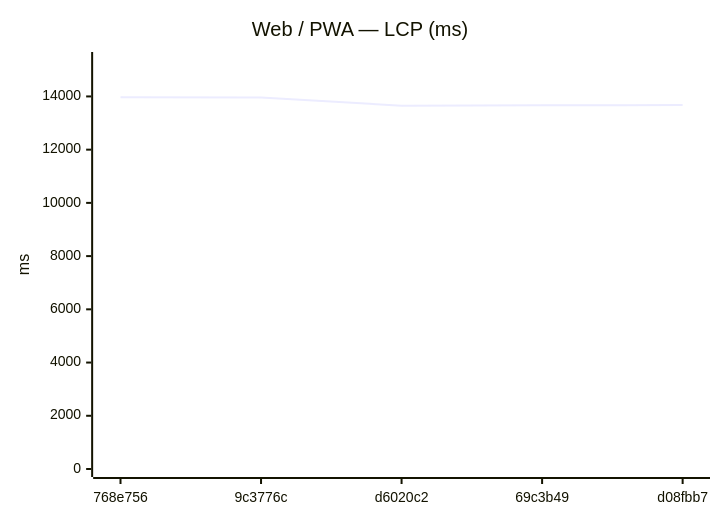
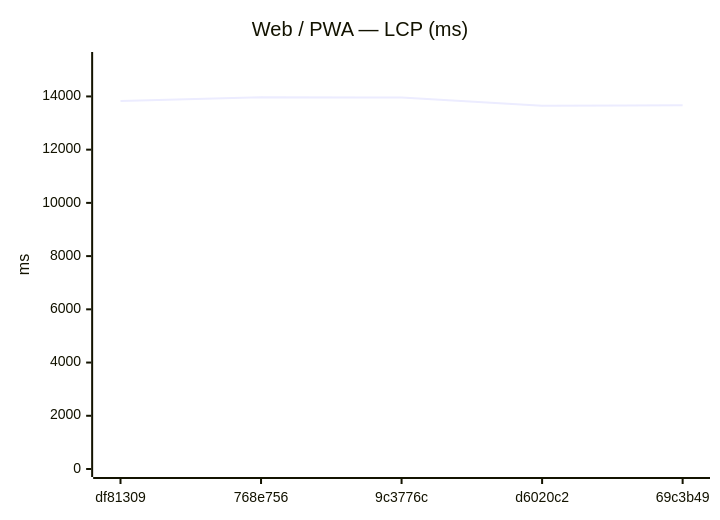
Before and after one commit to Metaheurist/Rianell: the seventh of 18 diagrams in benchmarks/compare.md, drawn with Mermaid. The commit also changed other lines of this file and 11 other files, not shown here.

````diff
--- a/benchmarks/compare.md
+++ b/benchmarks/compare.md
@@ -117,7 +117,7 @@
 ```mermaid
 xychart-beta
     title "Web / PWA — LCP (ms)"
-    x-axis ["768e756", "9c3776c", "d6020c2", "69c3b49", "d08fbb7"]
+    x-axis ["df81309", "768e756", "9c3776c", "d6020c2", "69c3b49"]
     y-axis "ms" 0 --> 15369
-    line [13971, 13962, 13654, 13664, 13678]
+    line [13825, 13971, 13962, 13654, 13664]
 ```
````
